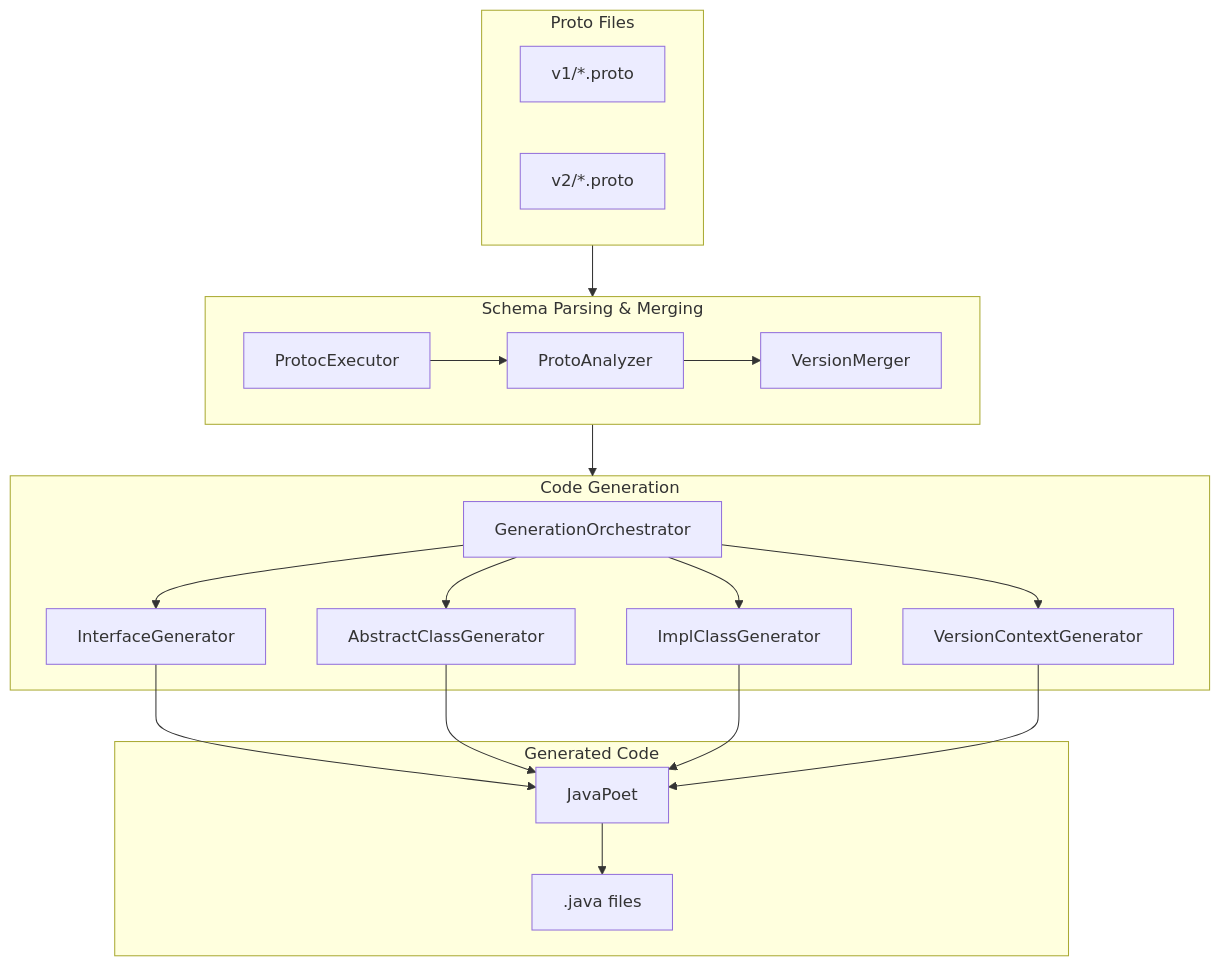
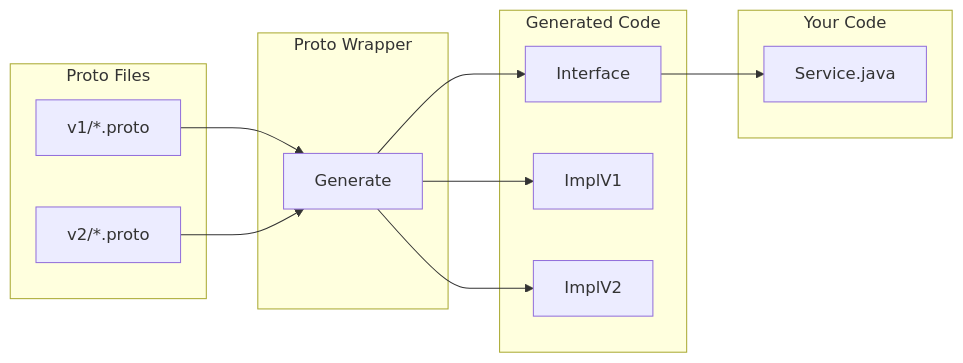
One commit to alnovis/proto-wrapper-plugin changed the second of 2 diagrams in README.md. Above: the diagram before and after it, drawn with Mermaid. The commit also changed other lines of this file and 8 other files, not shown here.

````diff
--- a/README.md
+++ b/README.md
@@ -906,33 +40,28 @@
 ```mermaid
-flowchart TB
+flowchart LR
     subgraph Input["Proto Files"]
-        P1["v1/*.proto"]
-        P2["v2/*.proto"]
+        V1["v1/*.proto"]
+        V2["v2/*.proto"]
     end
 
-    subgraph Parsing["Schema Parsing & Merging"]
-        PE[ProtocExecutor]
-        PA[ProtoAnalyzer]
-        VM[VersionMerger]
-        PE --> PA --> VM
-    end
-
-    subgraph Generation["Code Generation"]
-        GO[GenerationOrchestrator]
-        IG[InterfaceGenerator]
-        AG[AbstractClassGenerator]
-        IC[ImplClassGenerator]
-        VC[VersionContextGenerator]
-        GO --> IG & AG & IC & VC
+    subgraph Plugin["Proto Wrapper"]
+        PW[Generate]
     end
 
     subgraph Output["Generated Code"]
-        JP[JavaPoet]
-        JF[".java files"]
-        JP --> JF
+        IF["Interface"]
+        I1["ImplV1"]
+        I2["ImplV2"]
     end
 
-    Input --> Parsing
-    Parsing --> Generation
-    IG & AG & IC & VC --> JP
+    subgraph App["Your Code"]
+        SVC["Service.java"]
+    end
+
+    V1 --> PW
+    V2 --> PW
+    PW --> IF
+    PW --> I1
+    PW --> I2
+    IF --> SVC
 ```
````
